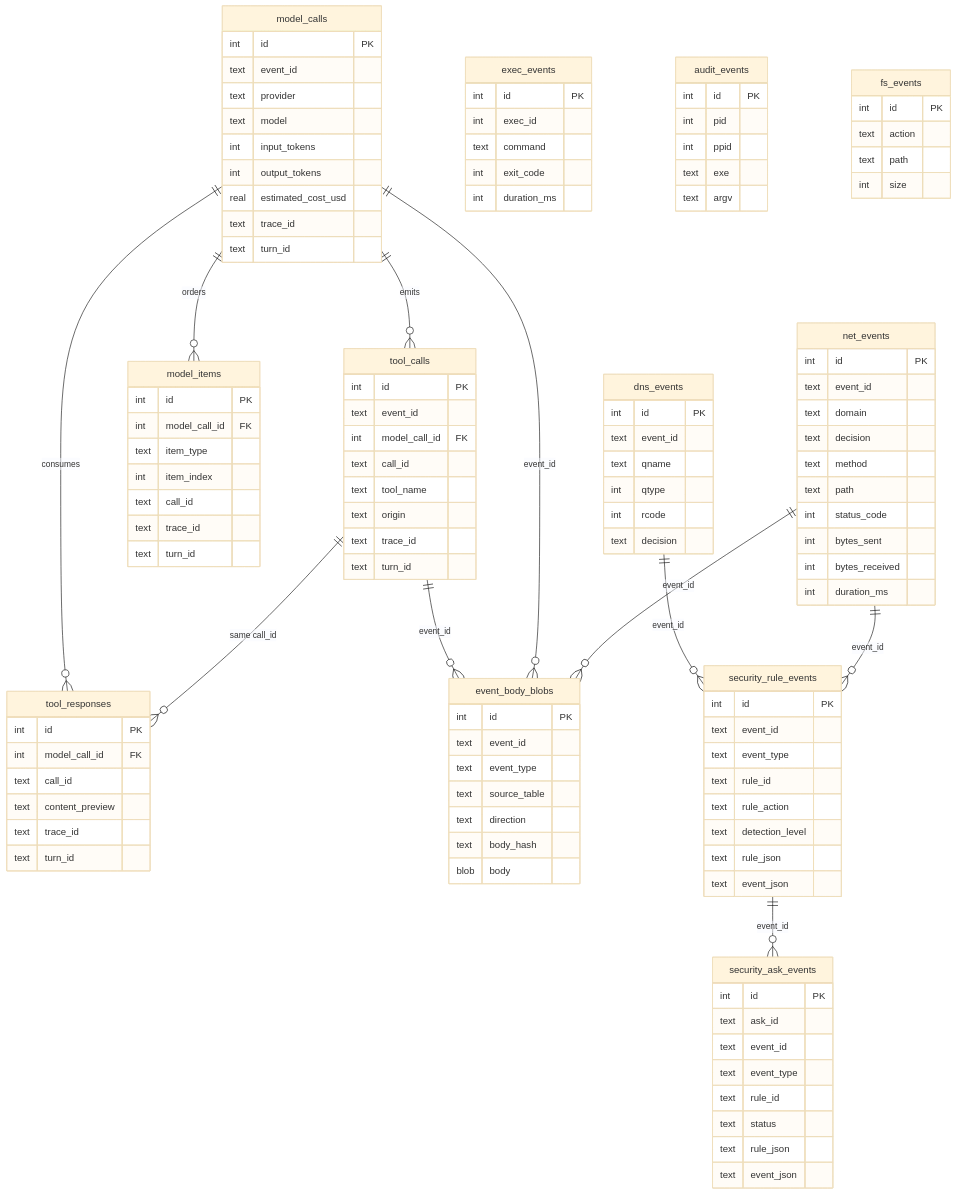
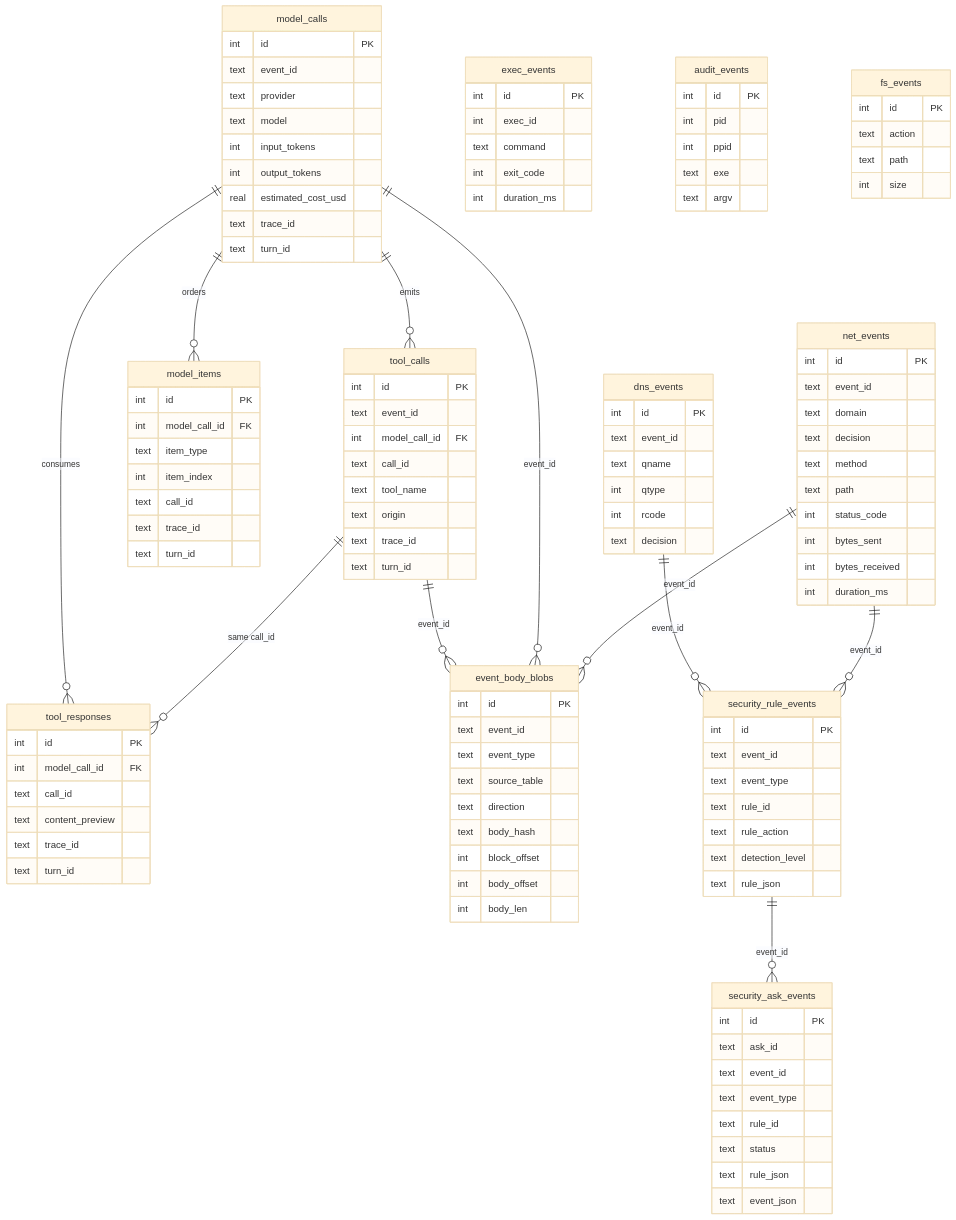
The first of 4 diagrams in web/docs/src/content/docs/architecture/session-telemetry.md (google/capsem), drawn with Mermaid (base theme) before and after one commit. The commit also changed other lines of this file and 24 other files, not shown here.

```diff
--- a/web/docs/src/content/docs/architecture/session-telemetry.md
+++ b/web/docs/src/content/docs/architecture/session-telemetry.md
@@ -90,7 +90,9 @@
         text source_table
         text direction
         text body_hash
-        blob body
+        int block_offset
+        int body_offset
+        int body_len
     }
     security_rule_events {
         int id PK
@@ -100,7 +102,6 @@
         text rule_action
         text detection_level
         text rule_json
-        text event_json
     }
     security_ask_events {
         int id PK
```
